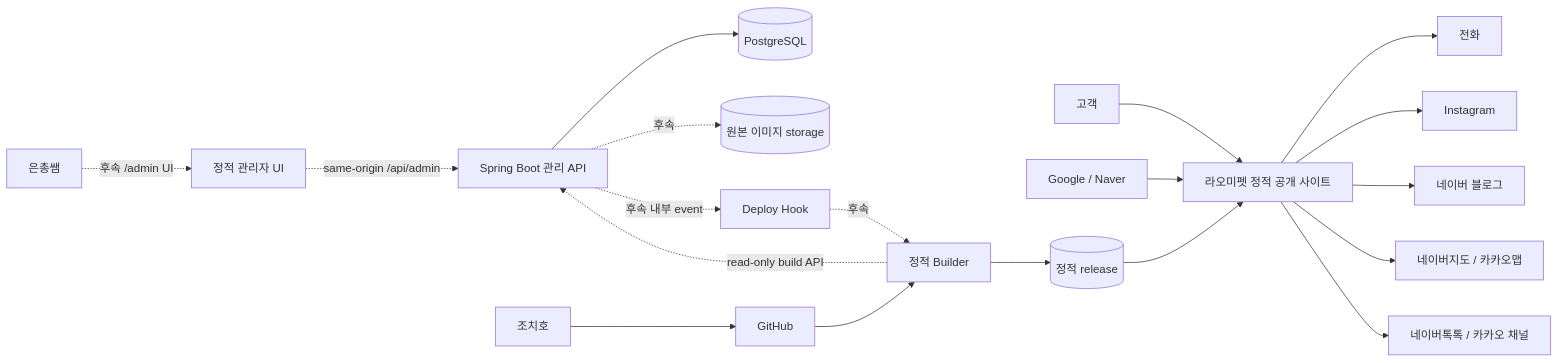
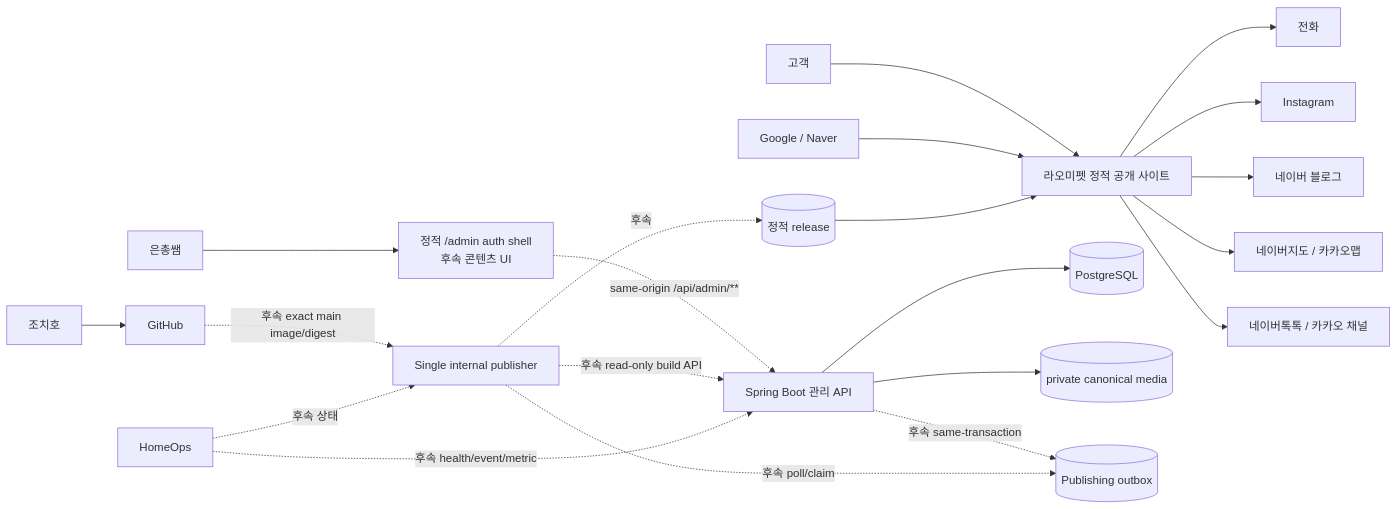
One commit to xxh3898/Rhaomi changed the diagram in docs/04-architecture/system-context.md. Above: the diagram before and after it, drawn with Mermaid. The commit also changed other lines of this file and 32 other files, not shown here.

First line of the commit message:
docs: 운영 배포·퍼블리싱·HomeOps 아키텍처 확정

````diff
--- a/docs/04-architecture/system-context.md
+++ b/docs/04-architecture/system-context.md
@@ -18,23 +18,25 @@
 ```mermaid
 flowchart LR
     Customer[고객] --> PublicSite[라오미펫 정적 공개 사이트]
     Search[Google / Naver] --> PublicSite
     PublicSite --> Phone[전화]
     PublicSite --> Instagram[Instagram]
     PublicSite --> Blog[네이버 블로그]
     PublicSite --> Maps[네이버지도 / 카카오맵]
     PublicSite --> Talk[네이버톡톡 / 카카오 채널]
 
-    Owner[은총쌤] -. 후속 /admin UI .-> AdminUI[정적 관리자 UI]
-    AdminUI -. same-origin /api/admin .-> Backend[Spring Boot 관리 API]
+    Owner[은총쌤] --> AdminUI[정적 /admin auth shell<br/>후속 콘텐츠 UI]
+    AdminUI -. same-origin /api/admin/** .-> Backend[Spring Boot 관리 API]
     Backend --> PostgreSQL[(PostgreSQL)]
-    Backend -. 후속 .-> Uploads[(원본 이미지 storage)]
-    Backend -. 후속 내부 event .-> BuildHook[Deploy Hook]
-    BuildHook -. 후속 .-> Builder[정적 Builder]
-    Builder -. read-only build API .-> Backend
-    Builder --> Releases[(정적 release)]
+    Backend --> Uploads[(private canonical media)]
+    Backend -. 후속 same-transaction .-> Outbox[(Publishing outbox)]
+    Publisher[Single internal publisher] -. 후속 poll/claim .-> Outbox
+    Publisher -. 후속 read-only build API .-> Backend
+    Publisher -. 후속 .-> Releases[(정적 release)]
     Releases --> PublicSite
 
     Developer[조치호] --> GitHub[GitHub]
-    GitHub --> Builder
+    GitHub -. 후속 exact main image/digest .-> Publisher
+    HomeOps[HomeOps] -. 후속 health/event/metric .-> Backend
+    HomeOps -. 후속 상태 .-> Publisher
 ```
````
